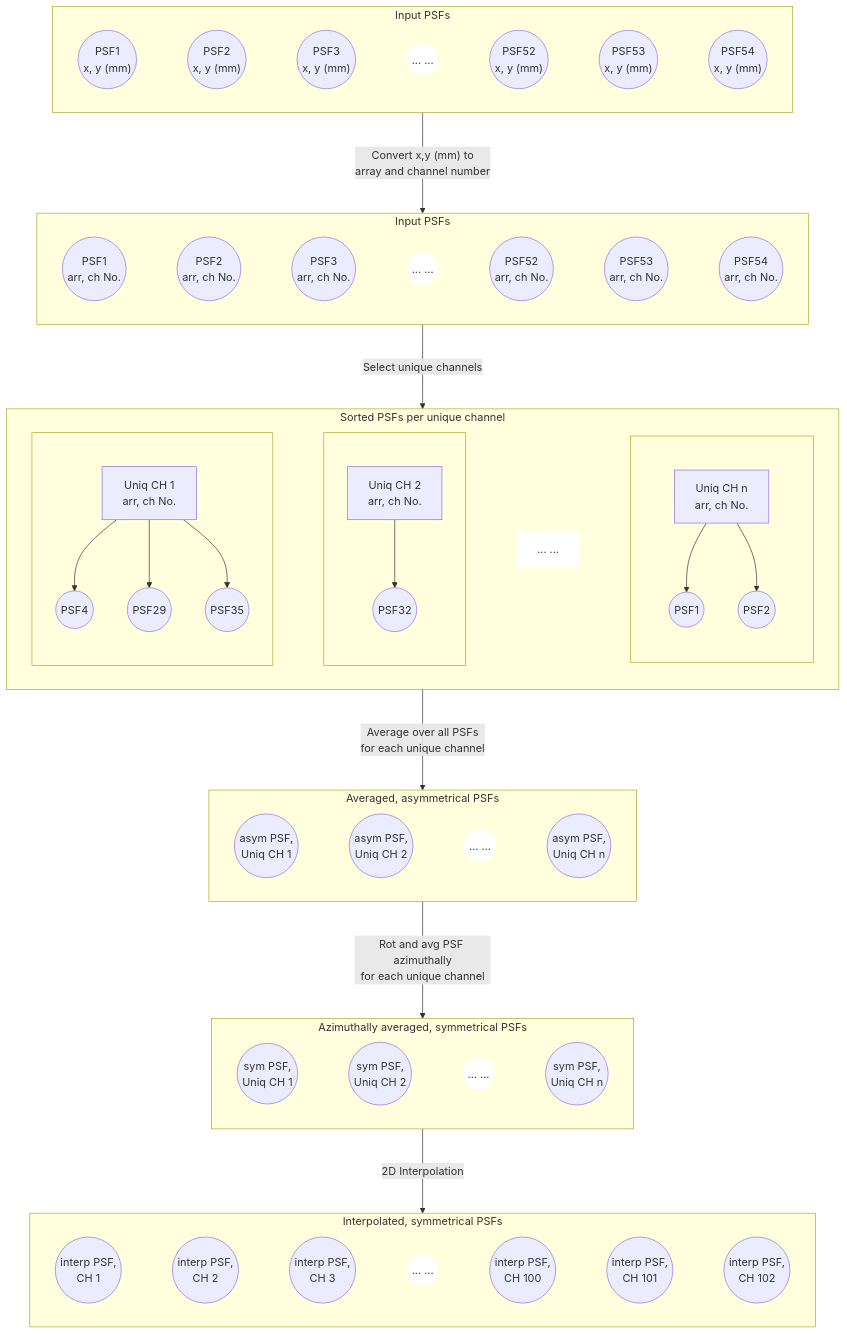
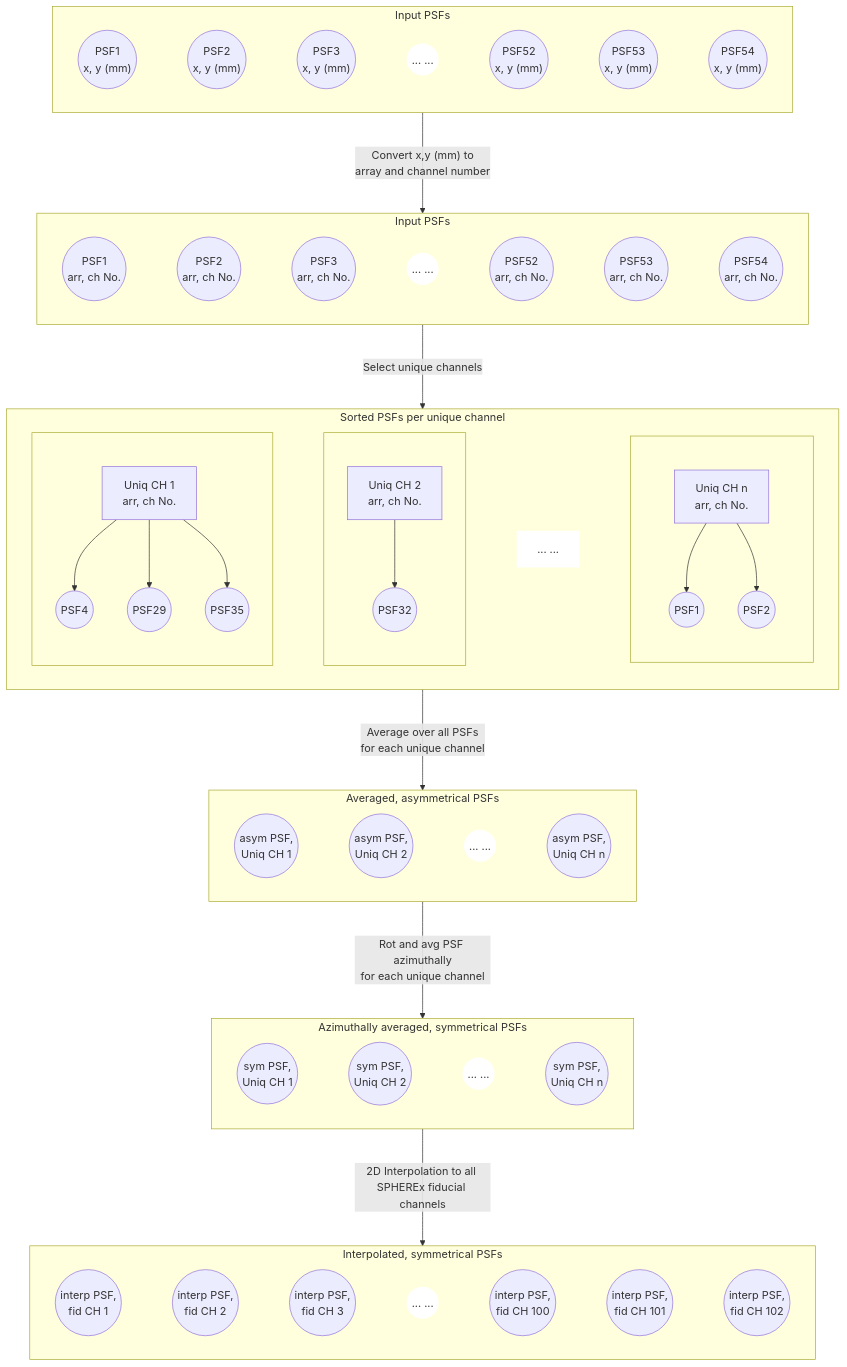
The diagram in scripts/PSF/README.md (gemmahuai/deep-field-selection), drawn with Mermaid before and after one commit.

Commit message:
test PSF and write down workflow

```diff
--- a/scripts/PSF/README.md
+++ b/scripts/PSF/README.md
@@ -118,19 +118,19 @@
     %% Define interpolated PSFs
     subgraph Row6[Interpolated, symmetrical PSFs]
         direction LR
-        PSFs1_(("interp PSF,<br> CH 1"))
-        PSFs2_(("interp PSF,<br>  CH 2"))
-        PSFs3_(("interp PSF,<br>  CH 3"))
+        PSFs1_(("interp PSF,<br> fid CH 1"))
+        PSFs2_(("interp PSF,<br> fid CH 2"))
+        PSFs3_(("interp PSF,<br> fid CH 3"))
         DOTS(("... ...")):::dot
-        PSFs100(("interp PSF,<br>  CH 100"))
-        PSFs101(("interp PSF,<br>  CH 101"))
-        PSFs102(("interp PSF,<br>  CH 102"))
+        PSFs100(("interp PSF,<br> fid CH 100"))
+        PSFs101(("interp PSF,<br> fid CH 101"))
+        PSFs102(("interp PSF,<br> fid CH 102"))
         PSFs1_~~~PSFs2_~~~PSFs3_~~~DOTS~~~PSFs100~~~PSFs101~~~PSFs102
 
         classDef dot fill:#fff,stroke:none;
     end 
 
-    Row5 -- 2D Interpolation ---> Row6
+    Row5 -- 2D Interpolation to all SPHEREx fiducial channels ---> Row6
 
 
 
```
